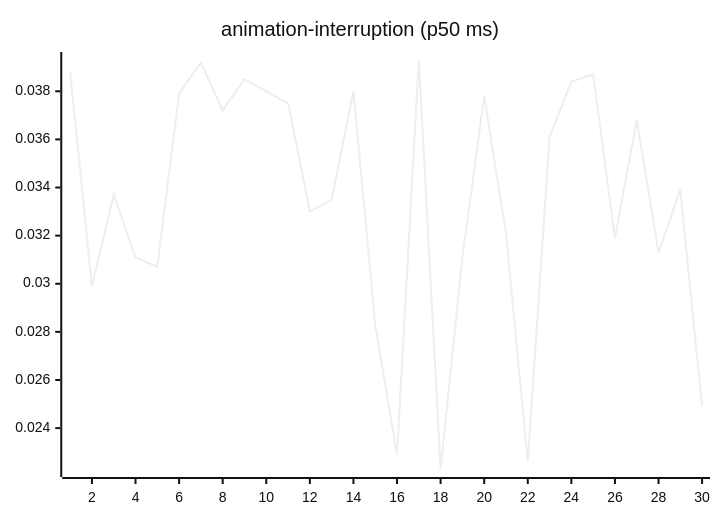
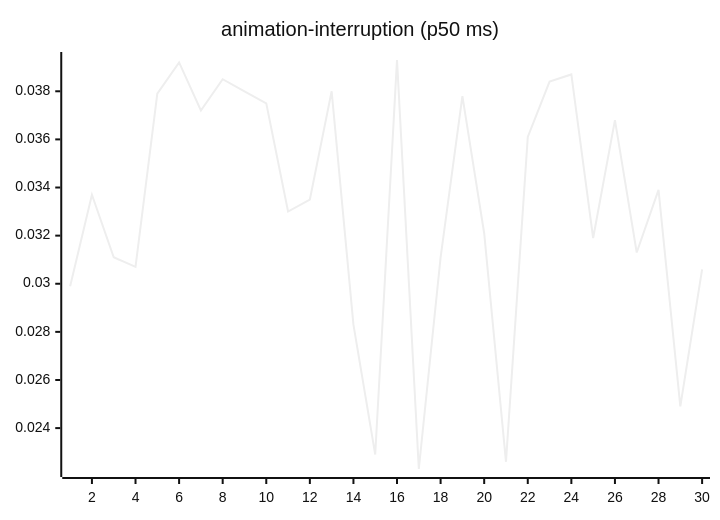
One commit to josha/Facet changed the third of 27 diagrams in README.md. Above: the diagram before and after it, drawn with Mermaid (neutral theme). The commit also changed other lines of this file and 2 other files, not shown here.

````diff
--- a/README.md
+++ b/README.md
@@ -77,6 +77,6 @@
 ```mermaid
 xychart-beta
     title "animation-interruption (p50 ms)"
     x-axis 1 --> 30
-    line [0.0388, 0.0299, 0.0337, 0.0311, 0.0307, 0.0379, 0.0392, 0.0372, 0.0385, 0.0380, 0.0375, 0.0330, 0.0335, 0.0380, 0.0283, 0.0229, 0.0393, 0.0223, 0.0311, 0.0378, 0.0321, 0.0226, 0.0361, 0.0384, 0.0387, 0.0319, 0.0368, 0.0313, 0.0339, 0.0249]
+    line [0.0299, 0.0337, 0.0311, 0.0307, 0.0379, 0.0392, 0.0372, 0.0385, 0.0380, 0.0375, 0.0330, 0.0335, 0.0380, 0.0283, 0.0229, 0.0393, 0.0223, 0.0311, 0.0378, 0.0321, 0.0226, 0.0361, 0.0384, 0.0387, 0.0319, 0.0368, 0.0313, 0.0339, 0.0249, 0.0306]
 ```
````
